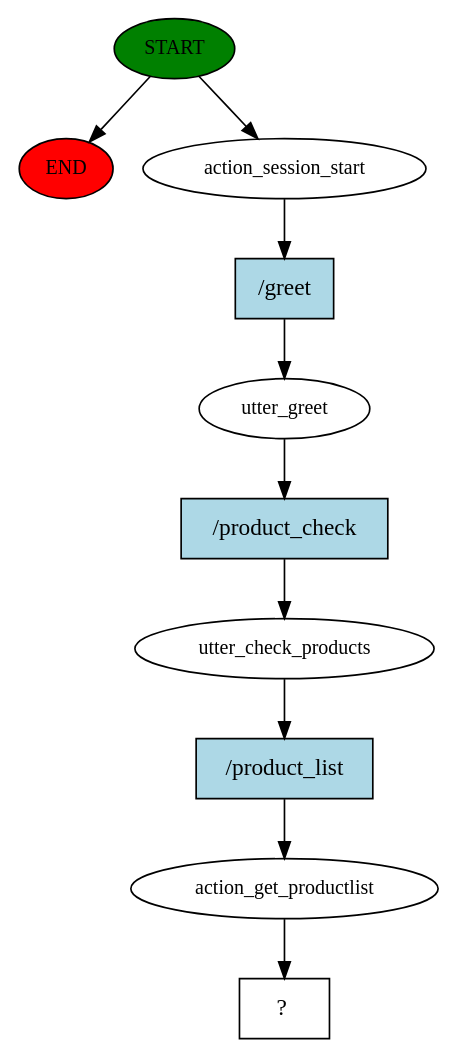
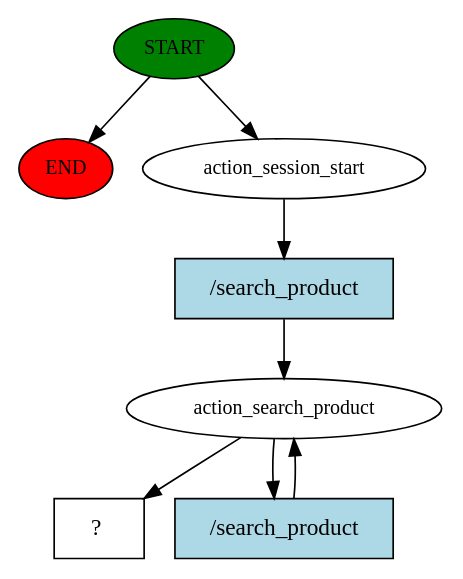
Before and after one commit to Buddhima-JD3/Salesmanbot: the diagram in chatbot/story_graph.dot, drawn with Graphviz. The commit also changed 146 other files, not shown here.

```diff
--- a/chatbot/story_graph.dot
+++ b/chatbot/story_graph.dot
@@ -1,21 +1,16 @@
 digraph  {
 0 [class="start active", fillcolor=green, fontsize=12, label=START, style=filled];
 "-1" [class=end, fillcolor=red, fontsize=12, label=END, style=filled];
 1 [class=active, fontsize=12, label=action_session_start];
-2 [class=active, fontsize=12, label=utter_greet];
-3 [class=active, fontsize=12, label=utter_check_products];
-4 [class=active, fontsize=12, label=action_get_productlist];
-5 [class="intent dashed active", label="  ?  ", shape=rect];
-6 [class="intent active", fillcolor=lightblue, label="/greet", shape=rect, style=filled];
-7 [class="intent active", fillcolor=lightblue, label="/product_check", shape=rect, style=filled];
-8 [class="intent active", fillcolor=lightblue, label="/product_list", shape=rect, style=filled];
+2 [class=active, fontsize=12, label=action_search_product];
+4 [class="intent dashed active", label="  ?  ", shape=rect];
+5 [class="intent active", fillcolor=lightblue, label="/search_product", shape=rect, style=filled];
+6 [class="intent active", fillcolor=lightblue, label="/search_product", shape=rect, style=filled];
 0 -> "-1"  [class="", key=NONE, label=""];
 0 -> 1  [class=active, key=NONE, label=""];
-1 -> 6  [class=active, key=0];
-2 -> 7  [class=active, key=0];
-3 -> 8  [class=active, key=0];
-4 -> 5  [class=active, key=NONE, label=""];
+1 -> 5  [class=active, key=0];
+2 -> 4  [class=active, key=NONE, label=""];
+2 -> 6  [class=active, key=0];
+5 -> 2  [class=active, key=0];
 6 -> 2  [class=active, key=0];
-7 -> 3  [class=active, key=0];
-8 -> 4  [class=active, key=0];
 }
```
